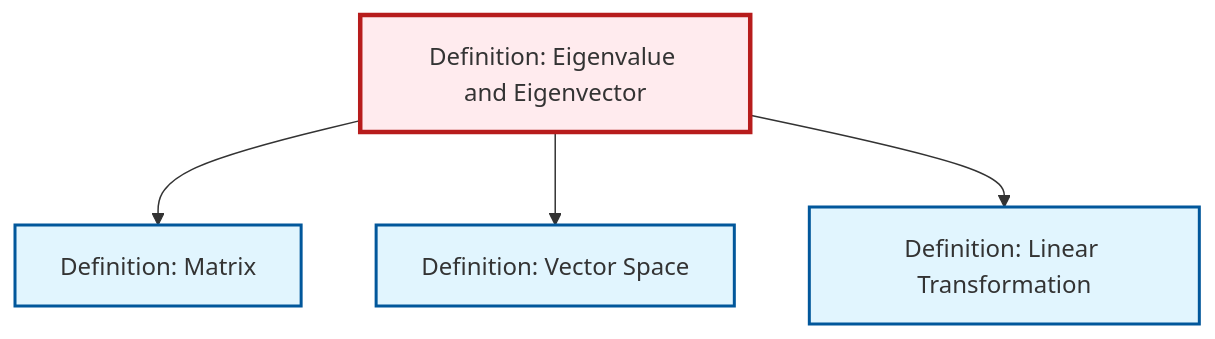
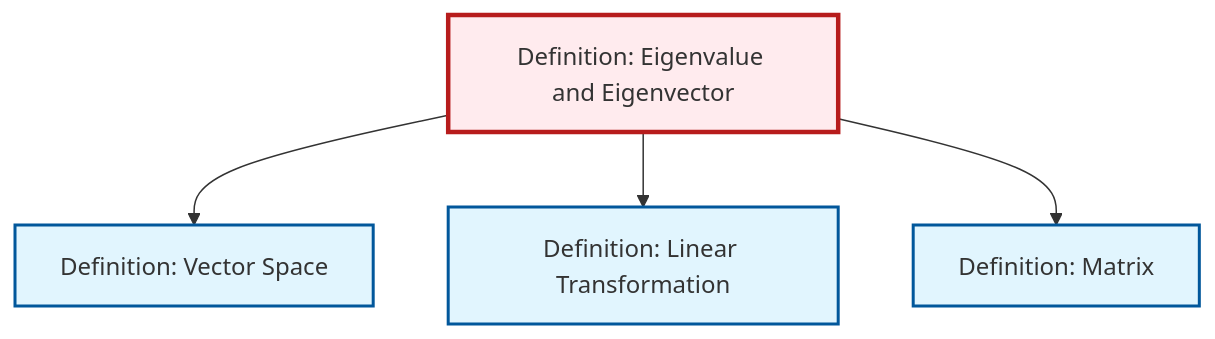
The diagram in content/ja/algebra/def-eigenvalue-eigenvector.qmd (RK0429/ModernMath), drawn with Mermaid before and after one commit. The commit also changed other lines of this file and 417 other files, not shown here.

````diff
--- a/content/ja/algebra/def-eigenvalue-eigenvector.qmd
+++ b/content/ja/algebra/def-eigenvalue-eigenvector.qmd
@@ -75,20 +75,20 @@
 ```{mermaid}
 %%| fig-cap: "Local dependency graph"
 graph TD
     classDef definition fill:#e1f5fe,stroke:#01579b,stroke-width:2px
     classDef theorem fill:#f3e5f5,stroke:#4a148c,stroke-width:2px
     classDef axiom fill:#fff3e0,stroke:#e65100,stroke-width:2px
     classDef example fill:#e8f5e9,stroke:#1b5e20,stroke-width:2px
     classDef current fill:#ffebee,stroke:#b71c1c,stroke-width:3px
+    def-vector-space["Definition: Vector Space"]:::definition
+    def-linear-transformation["Definition: Linear Transformation"]:::definition
+    def-eigenvalue-eigenvector["Definition: Eigenvalue and Eigenvector"]:::definition
     def-matrix["Definition: Matrix"]:::definition
-    def-eigenvalue-eigenvector["Definition: Eigenvalue and Eigenvector"]:::definition
-    def-linear-transformation["Definition: Linear Transformation"]:::definition
-    def-vector-space["Definition: Vector Space"]:::definition
-    def-eigenvalue-eigenvector --> def-matrix
     def-eigenvalue-eigenvector --> def-vector-space
     def-eigenvalue-eigenvector --> def-linear-transformation
+    def-eigenvalue-eigenvector --> def-matrix
     class def-eigenvalue-eigenvector current
+    click def-vector-space "def-vector-space.html" "Definition: Vector Spaceへ"
+    click def-linear-transformation "def-linear-transformation.html" "Definition: Linear Transformationへ"
     click def-matrix "def-matrix.html" "Definition: Matrixへ"
-    click def-linear-transformation "def-linear-transformation.html" "Definition: Linear Transformationへ"
-    click def-vector-space "def-vector-space.html" "Definition: Vector Spaceへ"
 ```
````
